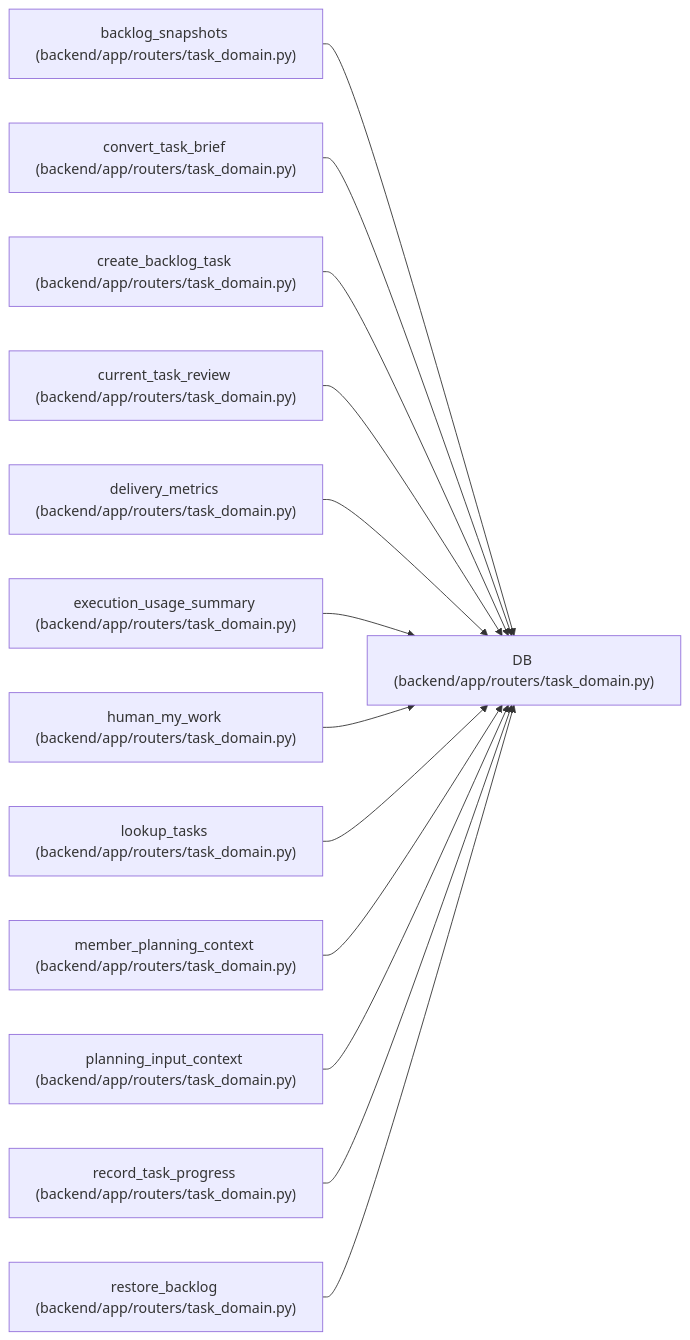
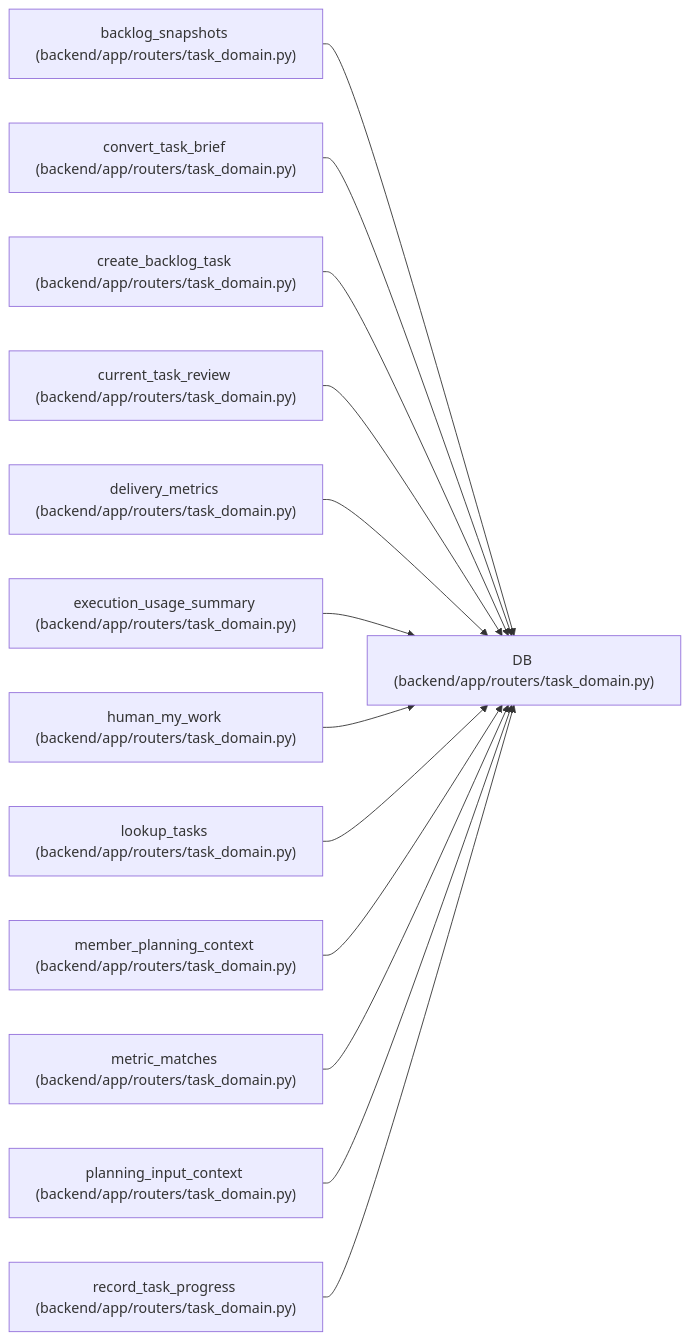
The diagram in docs/llm_wiki/entities/routers_task_domain_DB.md (Denissvgn/WorkChord), drawn with Mermaid before and after one commit. The commit also changed other lines of this file and 543 other files, not shown here.

````diff
--- a/docs/llm_wiki/entities/routers_task_domain_DB.md
+++ b/docs/llm_wiki/entities/routers_task_domain_DB.md
@@ -24,41 +24,41 @@
 ```mermaid
 flowchart LR
     n0["DB (backend/app/routers/task_domain.py)"]
     n1["backlog_snapshots (backend/app/routers/task_domain.py)"]
     n2["convert_task_brief (backend/app/routers/task_domain.py)"]
     n3["create_backlog_task (backend/app/routers/task_domain.py)"]
     n4["current_task_review (backend/app/routers/task_domain.py)"]
     n5["delivery_metrics (backend/app/routers/task_domain.py)"]
     n6["execution_usage_summary (backend/app/routers/task_domain.py)"]
     n7["human_my_work (backend/app/routers/task_domain.py)"]
     n8["lookup_tasks (backend/app/routers/task_domain.py)"]
     n9["member_planning_context (backend/app/routers/task_domain.py)"]
-    n10["planning_input_context (backend/app/routers/task_domain.py)"]
-    n11["record_task_progress (backend/app/routers/task_domain.py)"]
-    n12["restore_backlog (backend/app/routers/task_domain.py)"]
+    n10["metric_matches (backend/app/routers/task_domain.py)"]
+    n11["planning_input_context (backend/app/routers/task_domain.py)"]
+    n12["record_task_progress (backend/app/routers/task_domain.py)"]
     n1 --> n0
     n2 --> n0
     n3 --> n0
     n4 --> n0
     n5 --> n0
     n6 --> n0
     n7 --> n0
     n8 --> n0
     n9 --> n0
     n10 --> n0
     n11 --> n0
     n12 --> n0
     click n0 "../modules/routers_task_domain.md"
     click n1 "../modules/routers_task_domain.md"
     click n2 "../modules/routers_task_domain.md"
     click n3 "../modules/routers_task_domain.md"
     click n4 "../modules/routers_task_domain.md"
     click n5 "../modules/routers_task_domain.md"
     click n6 "../modules/routers_task_domain.md"
     click n7 "../modules/routers_task_domain.md"
     click n8 "../modules/routers_task_domain.md"
     click n9 "../modules/routers_task_domain.md"
     click n10 "../modules/routers_task_domain.md"
     click n11 "../modules/routers_task_domain.md"
     click n12 "../modules/routers_task_domain.md"
 ```
````
